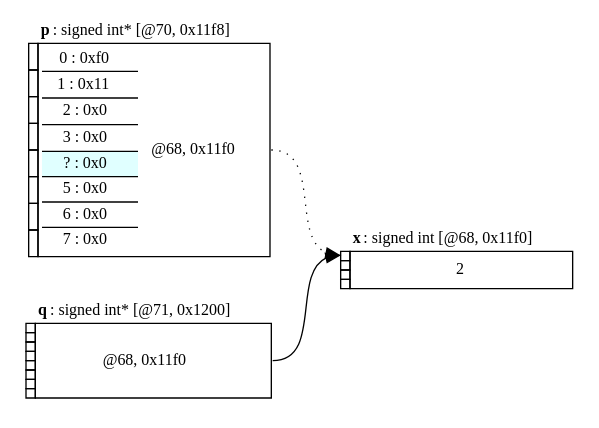
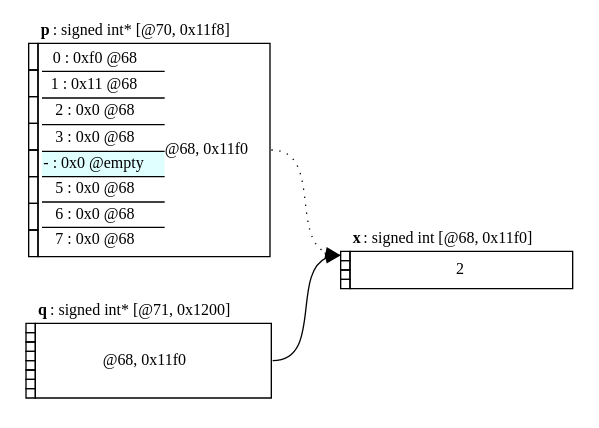
One commit to C-memory-object-model-study-group/c-mom-sg changed the diagram in notes/cmom-0003-2019-03-04-pnvi-address-exposed-examples/pointer_byte.dot. Above: the diagram before and after it, drawn with Graphviz. The commit also changed 3 other files, not shown here.

```diff
--- a/notes/cmom-0003-2019-03-04-pnvi-address-exposed-examples/pointer_byte.dot
+++ b/notes/cmom-0003-2019-03-04-pnvi-address-exposed-examples/pointer_byte.dot
@@ -1,75 +1,75 @@
 digraph Memory { node [shape=none, fontsize=12]; rankdir=LR;n68[label=<
         <table border="0" cellborder="1" cellspacing="0">
           <tr>
           <td height="7" width="7" fixedsize="true" border="0">&nbsp;</td>
           <td border="0" colspan="1"><b>x</b>: signed int&nbsp;[@68, 0x11f0]</td>
          </tr><tr><td width="7" height="7" fixedsize="true" port="0">
           <font point-size="1">&nbsp;</font>
          </td><td port="v" rowspan="4" colspan="1">2</td></tr><tr><td width="7" height="7" fixedsize="true" port="1">
           <font point-size="1">&nbsp;</font>
          </td></tr><tr><td width="7" height="7" fixedsize="true" port="2">
           <font point-size="1">&nbsp;</font>
          </td></tr><tr><td width="7" height="7" fixedsize="true" port="3">
           <font point-size="1">&nbsp;</font>
          </td></tr><tr border="0">
           <td border="0" width="7" height="7" fixedsize="true"
               port="4">
             <font point-size="1">&nbsp;</font>
           </td>
          </tr>
          </table>>, tooltip="allocation: 68"];n70[label=<
         <table border="0" cellborder="1" cellspacing="0">
           <tr>
           <td height="7" width="7" fixedsize="true" border="0">&nbsp;</td>
           <td border="0" colspan="1"><b>p</b>: signed int*&nbsp;[@70, 0x11f8]</td>
          </tr><tr><td width="7" height="20" fixedsize="true" port="0">
           <font point-size="1">&nbsp;</font>
-         </td><td port="v" rowspan="8" colspan="1" ><table cellpadding="0" cellspacing="0" border="0"><tr border="1"><td>0 : 0xf0</td>
-                  <td rowspan="8">@68, 0x11f0</td></tr><tr><td border="1" sides="t">1 : 0x11</td></tr><tr><td border="1" sides="t">2 : 0x0</td></tr><tr><td border="1" sides="t">3 : 0x0</td></tr><tr><td border="1" sides="t"  bgcolor="lightcyan">? : 0x0</td></tr><tr><td border="1" sides="t">5 : 0x0</td></tr><tr><td border="1" sides="t">6 : 0x0</td></tr><tr><td border="1" sides="t">7 : 0x0</td></tr></table></td></tr><tr><td width="7" height="20" fixedsize="true" port="1">
+         </td><td port="v" rowspan="8" colspan="1" ><table cellpadding="0" cellspacing="0" border="0"><tr border="1"><td>0 : 0xf0 @68</td>
+                  <td rowspan="8">@68, 0x11f0</td></tr><tr><td border="1" sides="t">1 : 0x11 @68</td></tr><tr><td border="1" sides="t">2 : 0x0 @68</td></tr><tr><td border="1" sides="t">3 : 0x0 @68</td></tr><tr><td border="1" sides="t"  bgcolor="lightcyan">- : 0x0 @empty</td></tr><tr><td border="1" sides="t">5 : 0x0 @68</td></tr><tr><td border="1" sides="t">6 : 0x0 @68</td></tr><tr><td border="1" sides="t">7 : 0x0 @68</td></tr></table></td></tr><tr><td width="7" height="20" fixedsize="true" port="1">
           <font point-size="1">&nbsp;</font>
          </td></tr><tr><td width="7" height="20" fixedsize="true" port="2">
           <font point-size="1">&nbsp;</font>
          </td></tr><tr><td width="7" height="20" fixedsize="true" port="3">
           <font point-size="1">&nbsp;</font>
          </td></tr><tr><td width="7" height="20" fixedsize="true" port="4">
           <font point-size="1">&nbsp;</font>
          </td></tr><tr><td width="7" height="20" fixedsize="true" port="5">
           <font point-size="1">&nbsp;</font>
          </td></tr><tr><td width="7" height="20" fixedsize="true" port="6">
           <font point-size="1">&nbsp;</font>
          </td></tr><tr><td width="7" height="20" fixedsize="true" port="7">
           <font point-size="1">&nbsp;</font>
          </td></tr><tr border="0">
           <td border="0" width="7" height="7" fixedsize="true"
               port="8">
             <font point-size="1">&nbsp;</font>
           </td>
          </tr>
          </table>>, tooltip="allocation: 70"];n71[label=<
         <table border="0" cellborder="1" cellspacing="0">
           <tr>
           <td height="7" width="7" fixedsize="true" border="0">&nbsp;</td>
           <td border="0" colspan="1"><b>q</b>: signed int*&nbsp;[@71, 0x1200]</td>
          </tr><tr><td width="7" height="7" fixedsize="true" port="0">
           <font point-size="1">&nbsp;</font>
          </td><td port="v" rowspan="8" colspan="1" >@68, 0x11f0</td></tr><tr><td width="7" height="7" fixedsize="true" port="1">
           <font point-size="1">&nbsp;</font>
          </td></tr><tr><td width="7" height="7" fixedsize="true" port="2">
           <font point-size="1">&nbsp;</font>
          </td></tr><tr><td width="7" height="7" fixedsize="true" port="3">
           <font point-size="1">&nbsp;</font>
          </td></tr><tr><td width="7" height="7" fixedsize="true" port="4">
           <font point-size="1">&nbsp;</font>
          </td></tr><tr><td width="7" height="7" fixedsize="true" port="5">
           <font point-size="1">&nbsp;</font>
          </td></tr><tr><td width="7" height="7" fixedsize="true" port="6">
           <font point-size="1">&nbsp;</font>
          </td></tr><tr><td width="7" height="7" fixedsize="true" port="7">
           <font point-size="1">&nbsp;</font>
          </td></tr><tr border="0">
           <td border="0" width="7" height="7" fixedsize="true"
               port="8">
             <font point-size="1">&nbsp;</font>
           </td>
          </tr>
          </table>>, tooltip="allocation: 71"];n70:v->n68:0[style="dotted",color="black"];n71:v->n68:0[style="solid",color="black"];}
```
